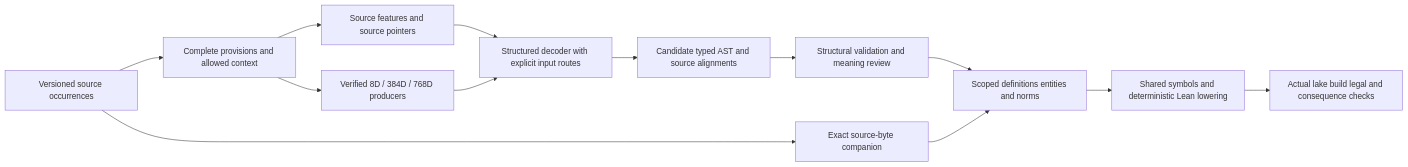
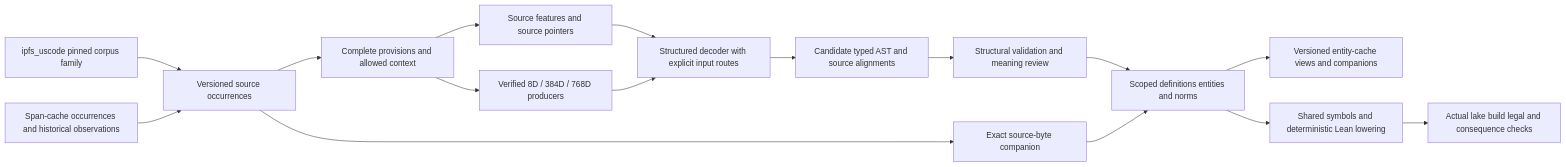
The diagram in docs/autoencoders/legal_ir_span_graph_lean_execution_plan_20261016.md (endomorphosis/ipfs_datasets_py), drawn with Mermaid before and after one commit. The commit also changed other lines of this file and 10 other files, not shown here.

Commit message:
Plan source-to-span LegalIR improvements and a scoped Lean corpus

````diff
--- a/docs/autoencoders/legal_ir_span_graph_lean_execution_plan_20261016.md
+++ b/docs/autoencoders/legal_ir_span_graph_lean_execution_plan_20261016.md
@@ -17,15 +22,18 @@
 ```mermaid
 flowchart LR
-    S[Versioned source occurrences] --> C[Complete provisions and allowed context]
+    U[ipfs_uscode pinned corpus family] --> S[Versioned source occurrences]
+    H[Span-cache occurrences and historical observations] --> S
+    S --> C[Complete provisions and allowed context]
     C --> P[Source features and source pointers]
     C --> E[Verified 8D / 384D / 768D producers]
     P --> D[Structured decoder with explicit input routes]
     E --> D
     D --> I[Candidate typed AST and source alignments]
     I --> V[Structural validation and meaning review]
     V --> G[Scoped definitions entities and norms]
+    G --> K[Versioned entity-cache views and companions]
     G --> L[Shared symbols and deterministic Lean lowering]
     L --> B[Actual lake build legal and consequence checks]
     S --> R[Exact source-byte companion]
     R --> G
 ```
````
